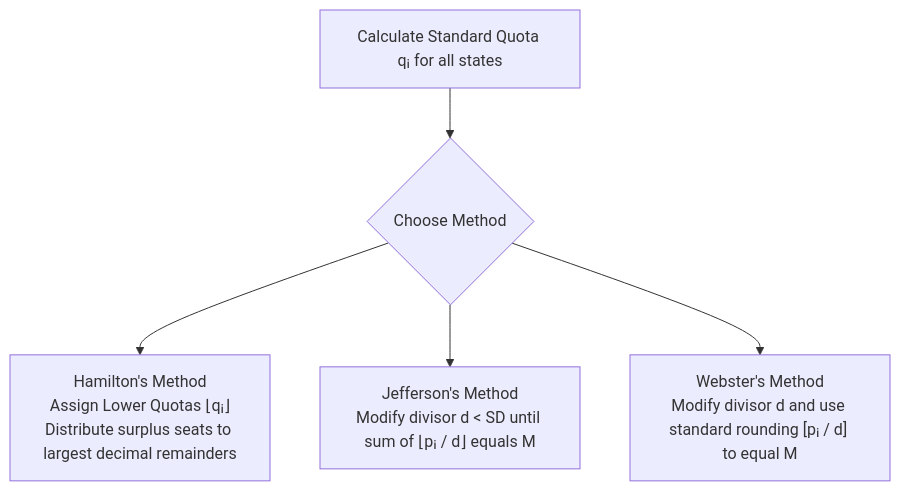
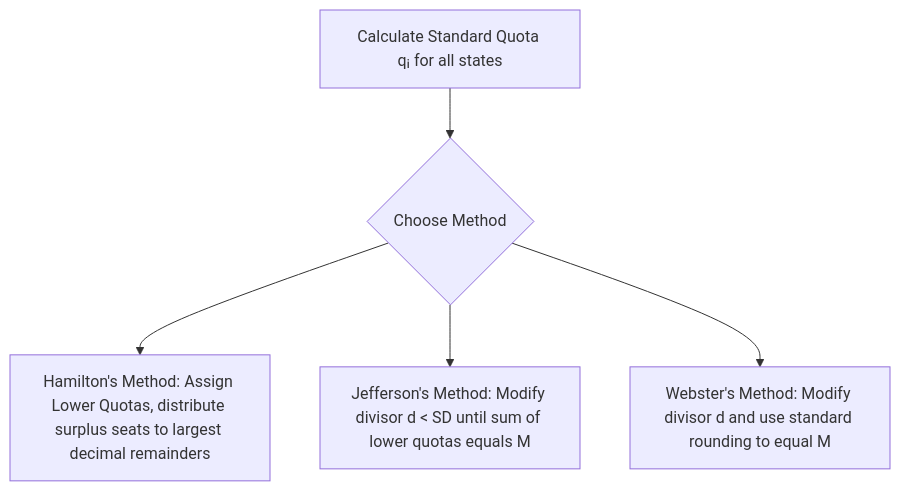
One commit to aidocmr/learn-bscs changed the second of 2 diagrams in content/Year 1/Mathematics in the Modern World/10. Voting Methods and Apportionment.md. Above: the diagram before and after it, drawn with Mermaid. The commit also changed other lines of this file and 19 other files, not shown here.

````diff
--- a/content/Year 1/Mathematics in the Modern World/10. Voting Methods and Apportionment.md
+++ b/content/Year 1/Mathematics in the Modern World/10. Voting Methods and Apportionment.md
@@ -56,7 +56,7 @@
 ```mermaid
 flowchart TD
     Init["Calculate Standard Quota qᵢ for all states"] --> Method{"Choose Method"}
-    Method --> Ham["Hamilton's Method<br/>Assign Lower Quotas ⌊qᵢ⌋<br/>Distribute surplus seats to largest decimal remainders"]
-    Method --> Jeff["Jefferson's Method<br/>Modify divisor d < SD until sum of ⌊pᵢ / d⌋ equals M"]
-    Method --> Web["Webster's Method<br/>Modify divisor d and use standard rounding [pᵢ / d] to equal M"]
+    Method --> Ham["Hamilton's Method: Assign Lower Quotas, distribute surplus seats to largest decimal remainders"]
+    Method --> Jeff["Jefferson's Method: Modify divisor d < SD until sum of lower quotas equals M"]
+    Method --> Web["Webster's Method: Modify divisor d and use standard rounding to equal M"]
 ```
````
